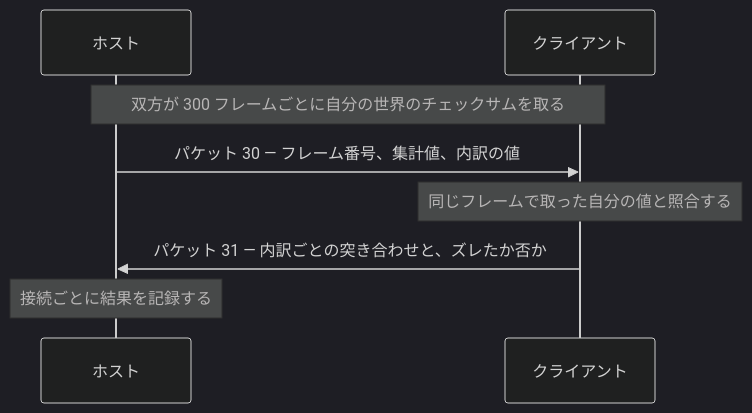
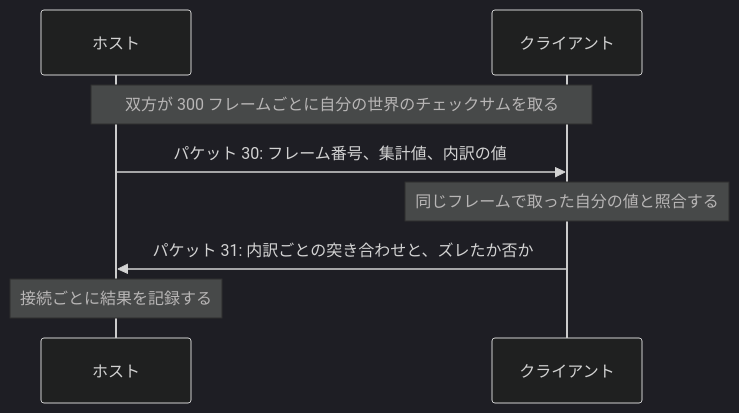
The diagram in docs/game/07-multiplayer.md (h4ribote/RW-Intel), drawn with Mermaid (dark theme) before and after one commit. The commit also changed other lines of this file and 174 other files, not shown here.

````diff
--- a/docs/game/07-multiplayer.md
+++ b/docs/game/07-multiplayer.md
@@ -89,10 +93,10 @@
 ```mermaid
 sequenceDiagram
     participant H as ホスト
     participant C as クライアント
     Note over H,C: 双方が 300 フレームごとに自分の世界のチェックサムを取る
-    H->>C: パケット 30 — フレーム番号、集計値、内訳の値
+    H->>C: パケット 30: フレーム番号、集計値、内訳の値
     Note over C: 同じフレームで取った自分の値と照合する
-    C->>H: パケット 31 — 内訳ごとの突き合わせと、ズレたか否か
+    C->>H: パケット 31: 内訳ごとの突き合わせと、ズレたか否か
     Note over H: 接続ごとに結果を記録する
 ```
````
